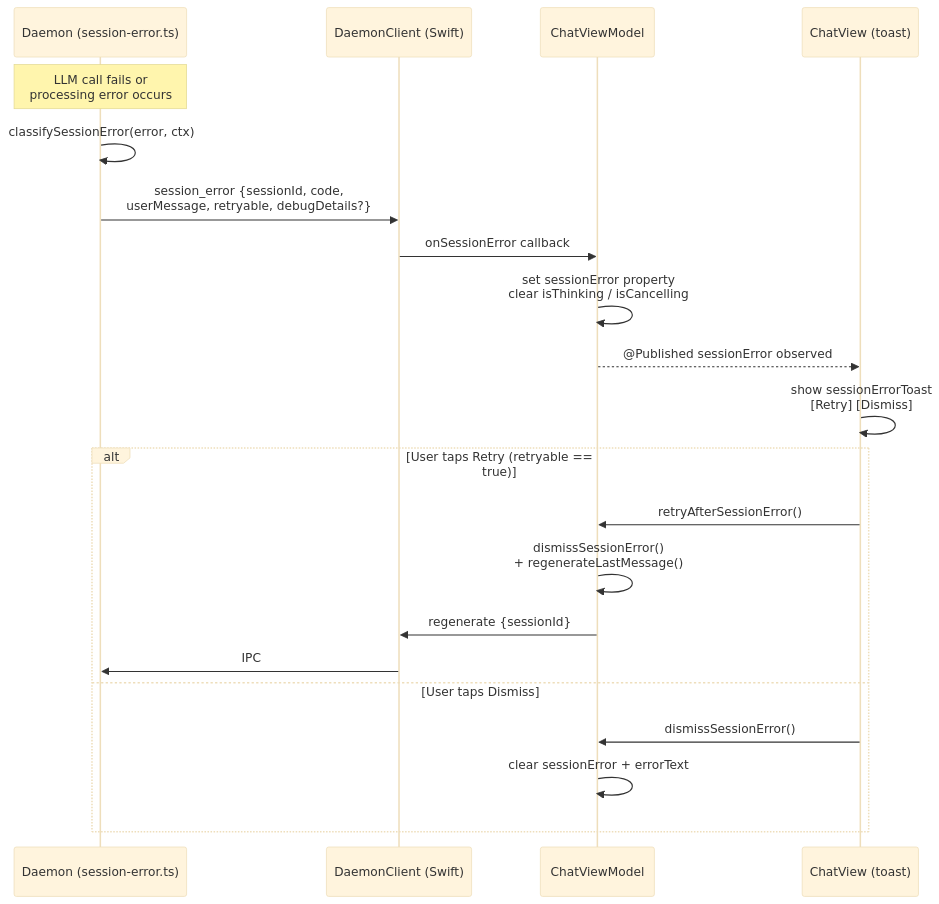
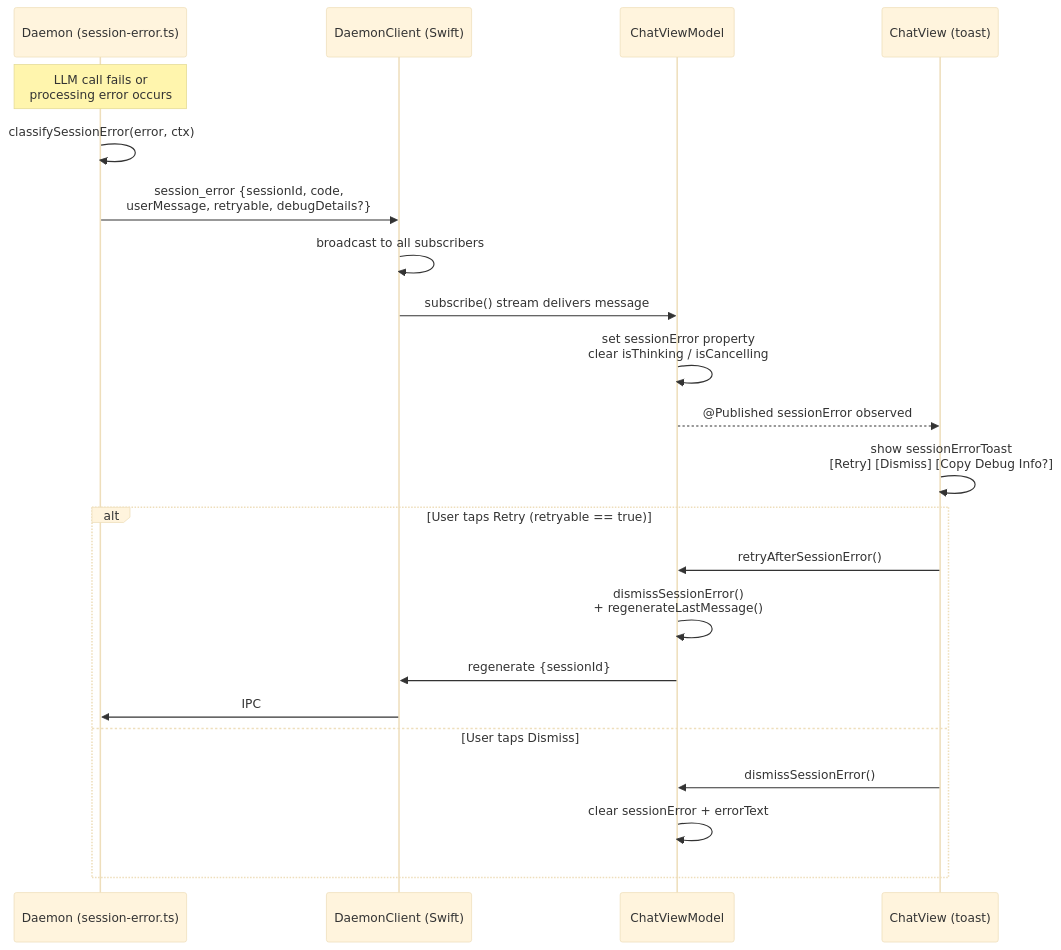
Before and after one commit to vellum-ai/vellum-assistant: the ninth of 14 diagrams in ARCHITECTURE.md, drawn with Mermaid (base theme). The commit also changed other lines of this file and 3 other files, not shown here.

First line of the commit message:
chore: remove dead onSessionError callback, update docs, add regression tests

````diff
--- a/ARCHITECTURE.md
+++ b/ARCHITECTURE.md
@@ -738,26 +744,27 @@
 ```mermaid
 sequenceDiagram
     participant Daemon as Daemon (session-error.ts)
     participant DC as DaemonClient (Swift)
     participant VM as ChatViewModel
     participant UI as ChatView (toast)
 
     Note over Daemon: LLM call fails or<br/>processing error occurs
     Daemon->>Daemon: classifySessionError(error, ctx)
     Daemon->>DC: session_error {sessionId, code,<br/>userMessage, retryable, debugDetails?}
-    DC->>VM: onSessionError callback
+    DC->>DC: broadcast to all subscribers
+    DC->>VM: subscribe() stream delivers message
     VM->>VM: set sessionError property<br/>clear isThinking / isCancelling
     VM-->>UI: @Published sessionError observed
 
-    UI->>UI: show sessionErrorToast<br/>[Retry] [Dismiss]
+    UI->>UI: show sessionErrorToast<br/>[Retry] [Dismiss] [Copy Debug Info?]
 
     alt User taps Retry (retryable == true)
         UI->>VM: retryAfterSessionError()
         VM->>VM: dismissSessionError()<br/>+ regenerateLastMessage()
         VM->>DC: regenerate {sessionId}
         DC->>Daemon: IPC
     else User taps Dismiss
         UI->>VM: dismissSessionError()
         VM->>VM: clear sessionError + errorText
     end
 ```
````
